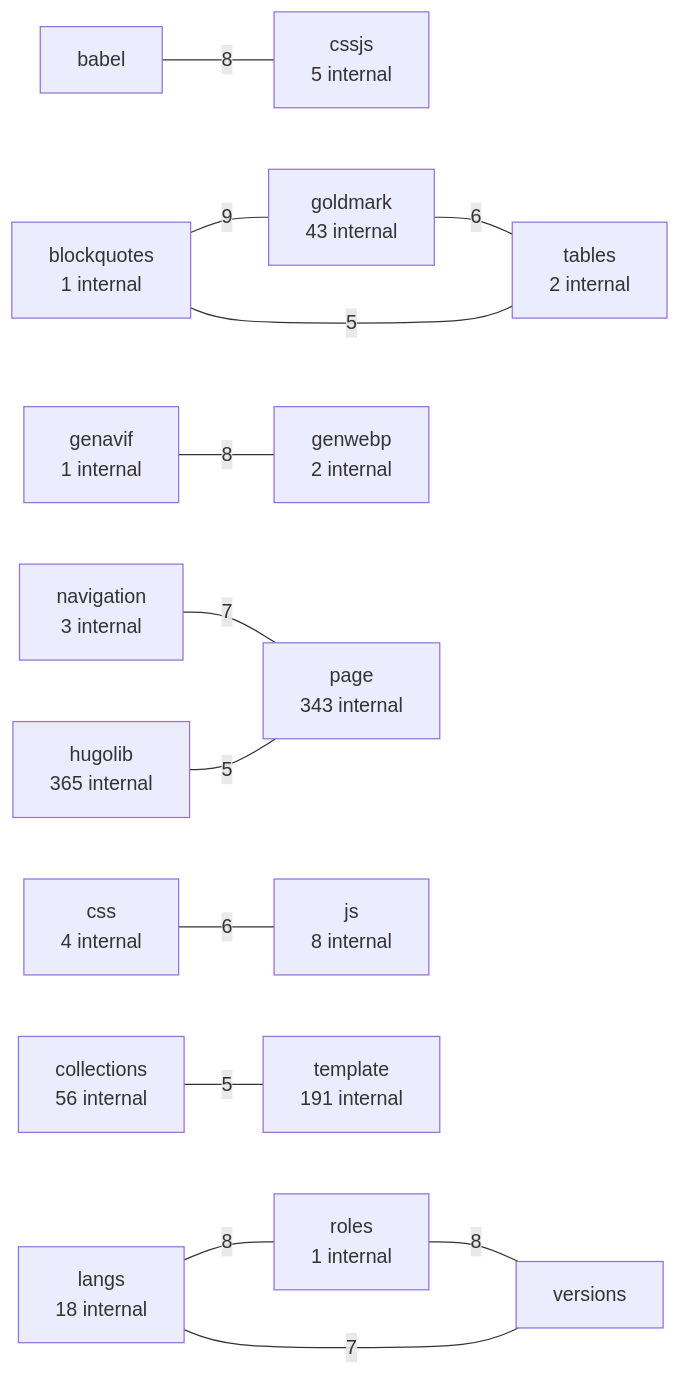
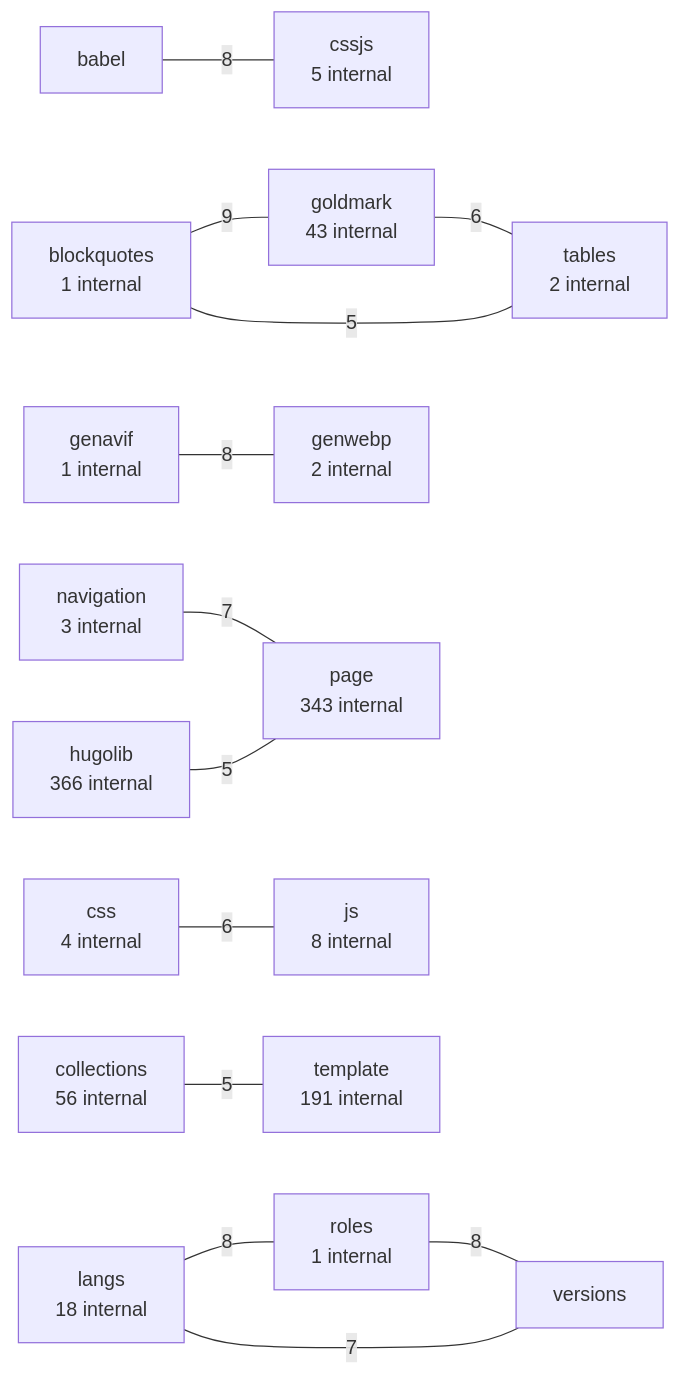
One commit to LukasSelin/doppel changed the third of 4 diagrams in examples/hugo.md. Above: the diagram before and after it, drawn with Mermaid. The commit also changed other lines of this file and 8 other files, not shown here.

````diff
--- a/examples/hugo.md
+++ b/examples/hugo.md
@@ -723,32 +723,32 @@
 ```mermaid
 flowchart LR
     p0["blockquotes<br/>1 internal"]
     p1["goldmark<br/>43 internal"]
     p0 ---|"9"| p1
     p2["babel"]
     p3["cssjs<br/>5 internal"]
     p2 ---|"8"| p3
     p4["genavif<br/>1 internal"]
     p5["genwebp<br/>2 internal"]
     p4 ---|"8"| p5
     p6["langs<br/>18 internal"]
     p7["roles<br/>1 internal"]
     p6 ---|"8"| p7
     p8["versions"]
     p7 ---|"8"| p8
     p6 ---|"7"| p8
     p9["navigation<br/>3 internal"]
     p10["page<br/>343 internal"]
     p9 ---|"7"| p10
     p11["css<br/>4 internal"]
     p12["js<br/>8 internal"]
     p11 ---|"6"| p12
     p13["tables<br/>2 internal"]
     p1 ---|"6"| p13
     p0 ---|"5"| p13
     p14["collections<br/>56 internal"]
     p15["template<br/>191 internal"]
     p14 ---|"5"| p15
-    p16["hugolib<br/>365 internal"]
+    p16["hugolib<br/>366 internal"]
     p16 ---|"5"| p10
 ```
````
